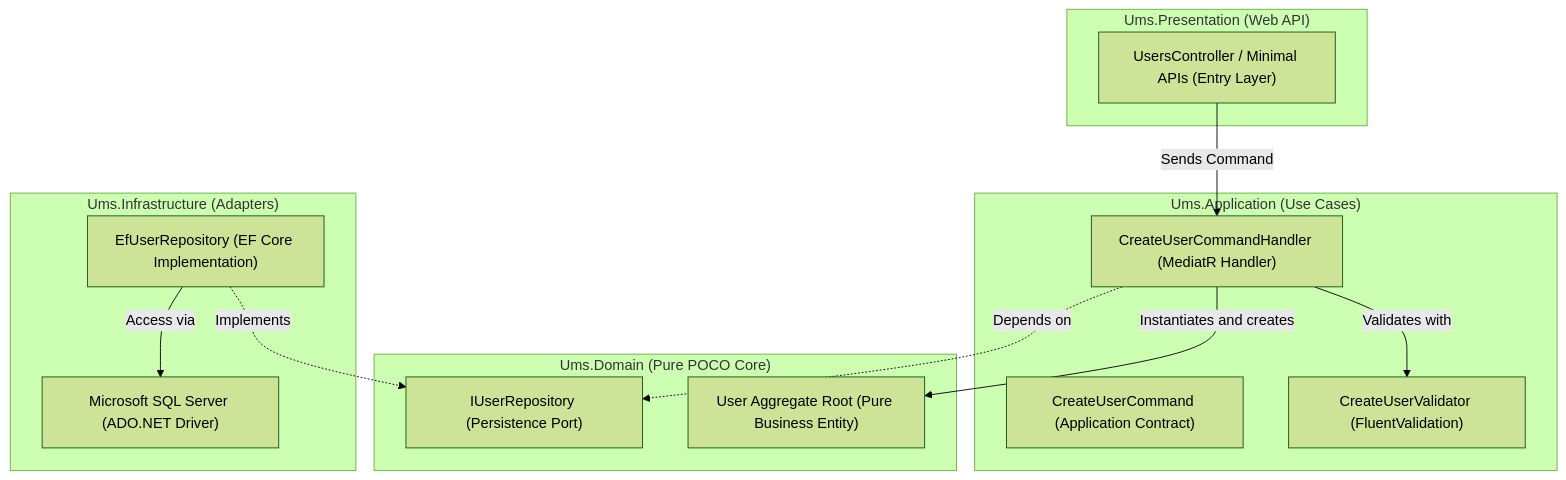
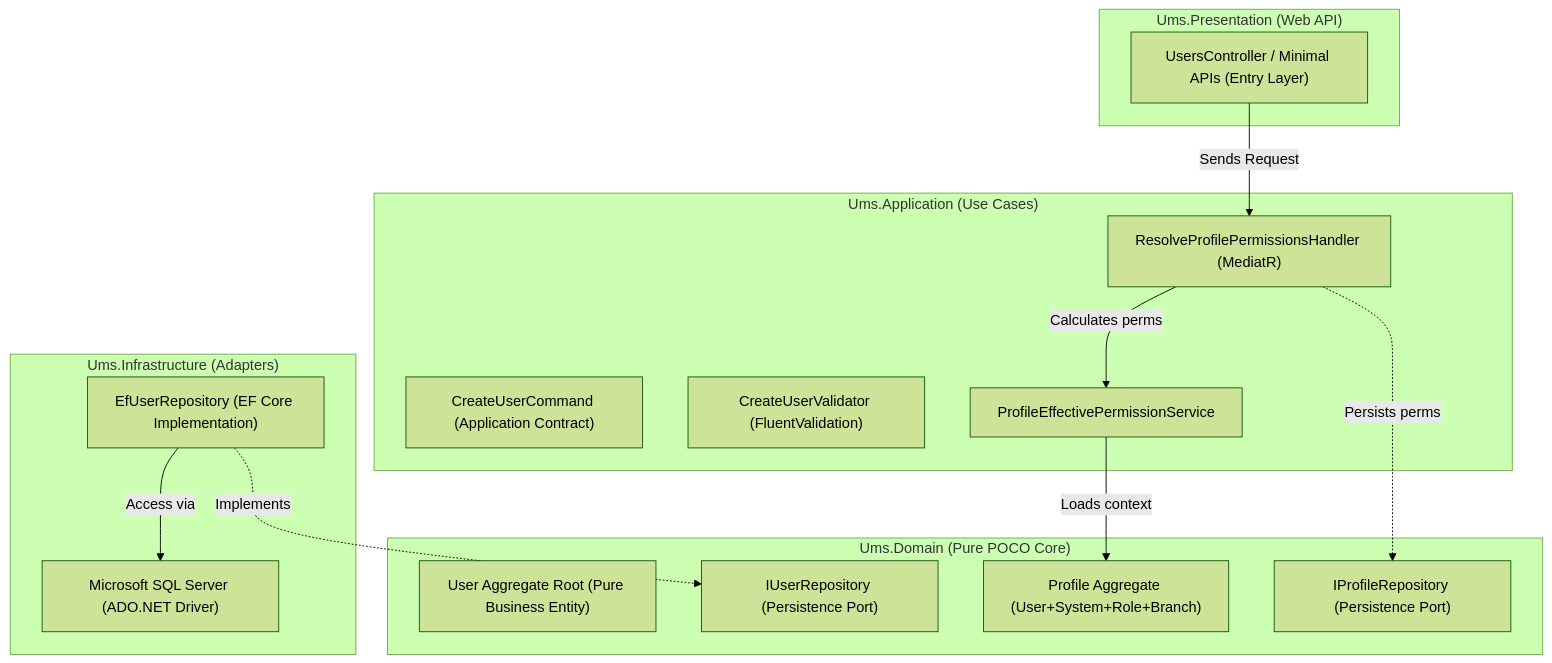
Before and after one commit to beyondnetcode/ums: the third of 8 diagrams in architecture/blueprints/architecture-spec.md, drawn with Mermaid (forest theme). The commit also changed other lines of this file and 5 other files, not shown here.

````diff
--- a/architecture/blueprints/architecture-spec.md
+++ b/architecture/blueprints/architecture-spec.md
@@ -123,30 +126,40 @@
 ```mermaid
 graph TD
     subgraph Presentation["Ums.Presentation (Web API)"]
         Controller["UsersController / Minimal APIs (Entry Layer)"]
     end
 
     subgraph Application["Ums.Application (Use Cases)"]
         Handler["CreateUserCommandHandler (MediatR Handler)"]
         Command["CreateUserCommand (Application Contract)"]
         Validator["CreateUserValidator (FluentValidation)"]
     end
 
     subgraph Domain["Ums.Domain (Pure POCO Core)"]
         Entity["User Aggregate Root (Pure Business Entity)"]
         IUserRepo["IUserRepository (Persistence Port)"]
     end
 
     subgraph Infrastructure["Ums.Infrastructure (Adapters)"]
         EfRepo["EfUserRepository (EF Core Implementation)"]
         SqlServer["Microsoft SQL Server (ADO.NET Driver)"]
     end
 
-    Controller -->|"Sends Command"| Handler
-    Handler -->|"Validates with"| Validator
-    Handler -->|"Instantiates and creates"| Entity
-    Handler -.->|"Depends on"| IUserRepo
+    subgraph Application["Ums.Application (Use Cases)"]
+        Handler["ResolveProfilePermissionsHandler (MediatR)"]
+        ProfileService["ProfileEffectivePermissionService"]
+    end
+
+    subgraph Domain["Ums.Domain (Pure POCO Core)"]
+        ProfileEntity["Profile Aggregate (User+System+Role+Branch)"]
+        IProfileRepo["IProfileRepository (Persistence Port)"]
+    end
+
+    Controller -->|"Sends Request"| Handler
+    Handler -->|"Calculates perms"| ProfileService
+    ProfileService -->|"Loads context"| ProfileEntity
+    Handler -.->|"Persists perms"| IProfileRepo
     
     EfRepo -.->|"Implements"| IUserRepo
     EfRepo -->|"Access via"| SqlServer
 ```
````
